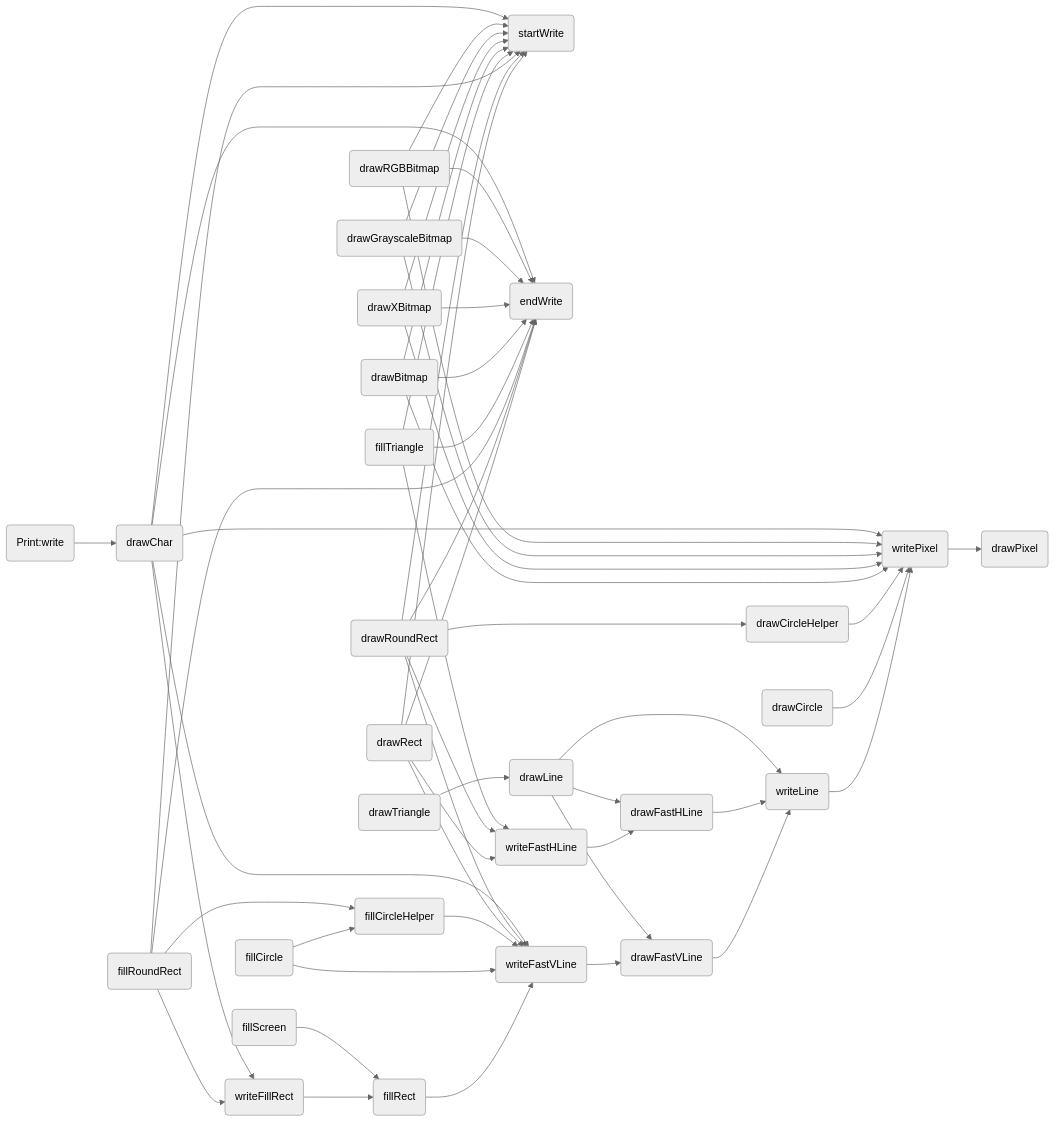
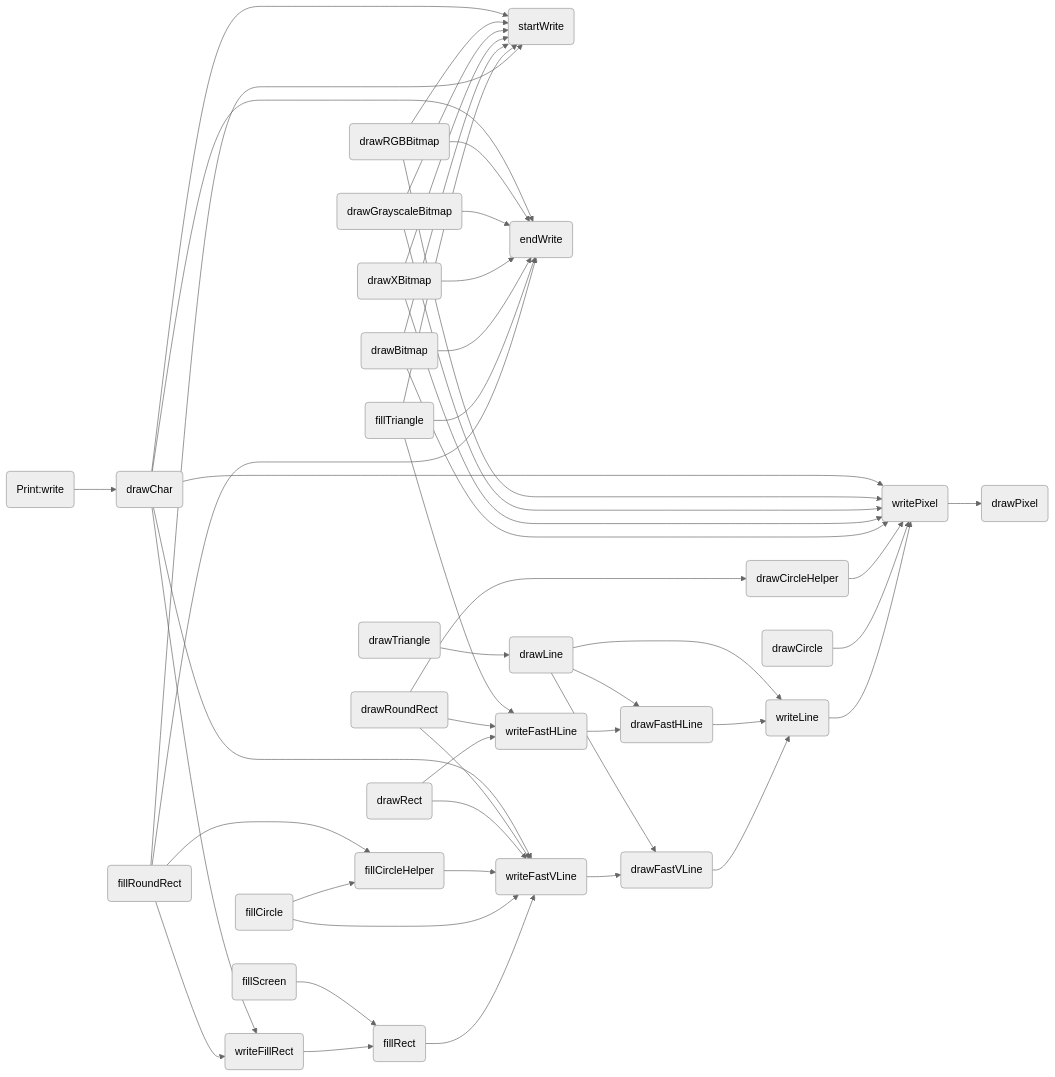
The diagram in all/未命名.md (icodezhanglei/iodraw-files), drawn with Mermaid (neutral theme) before and after one commit.

Commit message:
2024-09-13 18:46:39 update

````diff
--- a/all/未命名.md
+++ b/all/未命名.md
@@ -1,61 +1,61 @@
 ```mermaid
 flowchart LR
 
 drawPixel(drawPixel)
 startWrite(startWrite)
 endWrite(endWrite)
 writePixel(writePixel)
 writeFillRect(writeFillRect)
 writeFastVLine(writeFastVLine)
 writeFastHLine(writeFastHLine)
 writeLine(writeLine)
 drawFastVLine(drawFastVLine)
 drawFastHLine(drawFastHLine)
 fillRect(fillRect)
 fillScreen(fillScreen)
 drawLine(drawLine)
 drawRect(drawRect)
 drawCircle(drawCircle)
 drawCircleHelper(drawCircleHelper)
 fillCircle(fillCircle)
 fillCircleHelper(fillCircleHelper)
 drawTriangle(drawTriangle)
 fillTriangle(fillTriangle)
 drawRoundRect(drawRoundRect)
 fillRoundRect(fillRoundRect)
 drawBitmap(drawBitmap)
 drawXBitmap(drawXBitmap)
 drawGrayscaleBitmap(drawGrayscaleBitmap)
 drawRGBBitmap(drawRGBBitmap)
 drawChar(drawChar)
 write(Print:write)
 
 
 writeLine --> writePixel --> drawPixel
 
 writeFastVLine --> drawFastVLine
 drawFastVLine --> writeLine
 
 writeFastHLine --> drawFastHLine
 drawFastHLine --> writeLine
 
 writeFillRect --> fillRect --> writeFastVLine
 
 fillScreen --> fillRect
 drawLine --> drawFastVLine & drawFastHLine &  writeLine
 drawCircle -->  writePixel
 drawCircleHelper --> writePixel
 fillCircle --> writeFastVLine & fillCircleHelper
 fillCircleHelper --> writeFastVLine
-drawRect --> startWrite & endWrite & writeFastHLine & writeFastVLine
-drawRoundRect --> startWrite & endWrite & writeFastHLine & writeFastVLine & drawCircleHelper
+drawRect --> writeFastHLine & writeFastVLine
+drawRoundRect --> writeFastHLine & writeFastVLine & drawCircleHelper
 fillRoundRect --> startWrite & endWrite & writeFillRect & fillCircleHelper
 drawTriangle --> drawLine
 fillTriangle --> startWrite & endWrite & writeFastHLine
 drawBitmap --> startWrite & endWrite & writePixel
 drawXBitmap --> startWrite & endWrite & writePixel
 drawGrayscaleBitmap --> startWrite & endWrite & writePixel
 drawRGBBitmap --> startWrite & endWrite & writePixel
 drawChar --> startWrite & endWrite & writePixel & writeFillRect & writeFastVLine
 write --> drawChar
 ```
````
